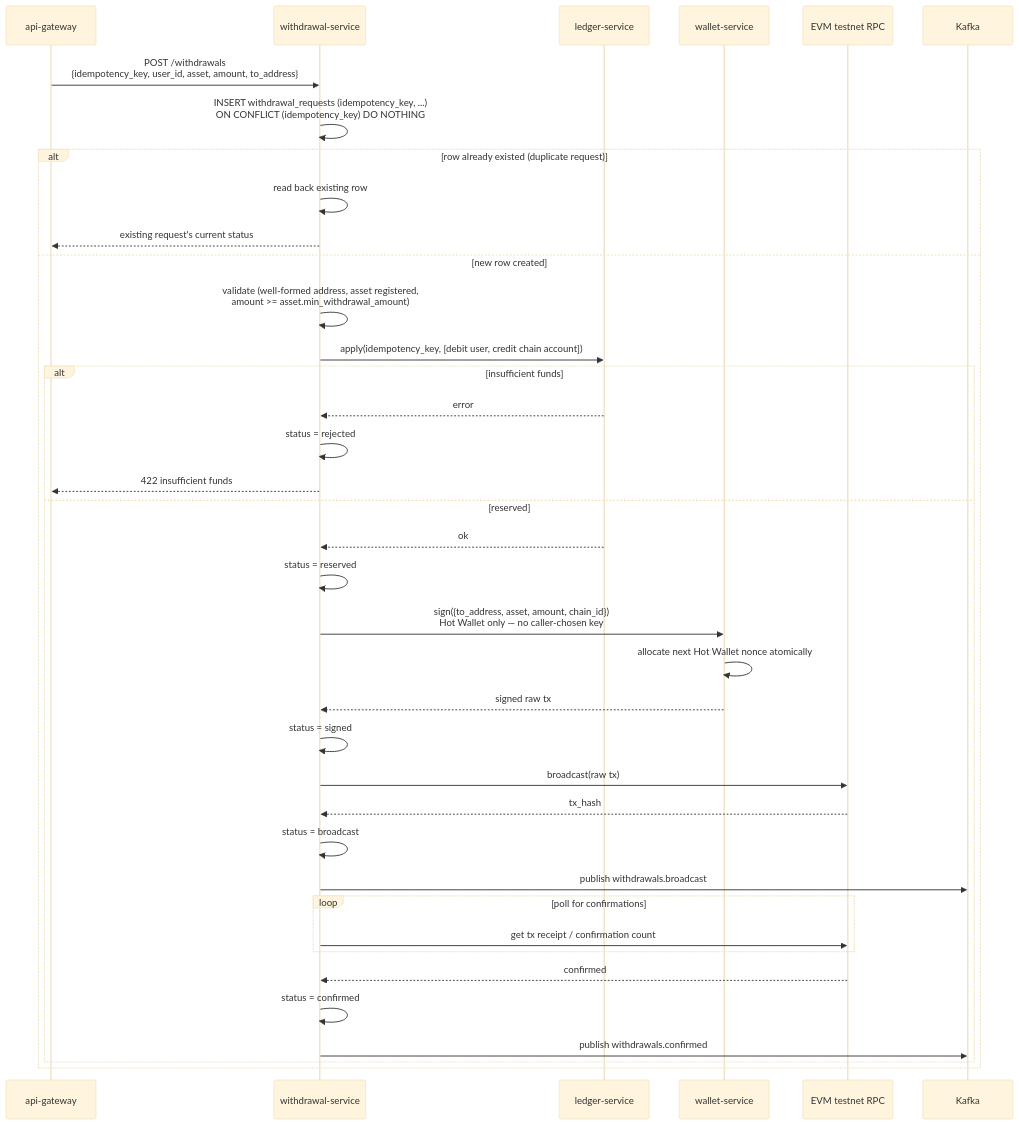
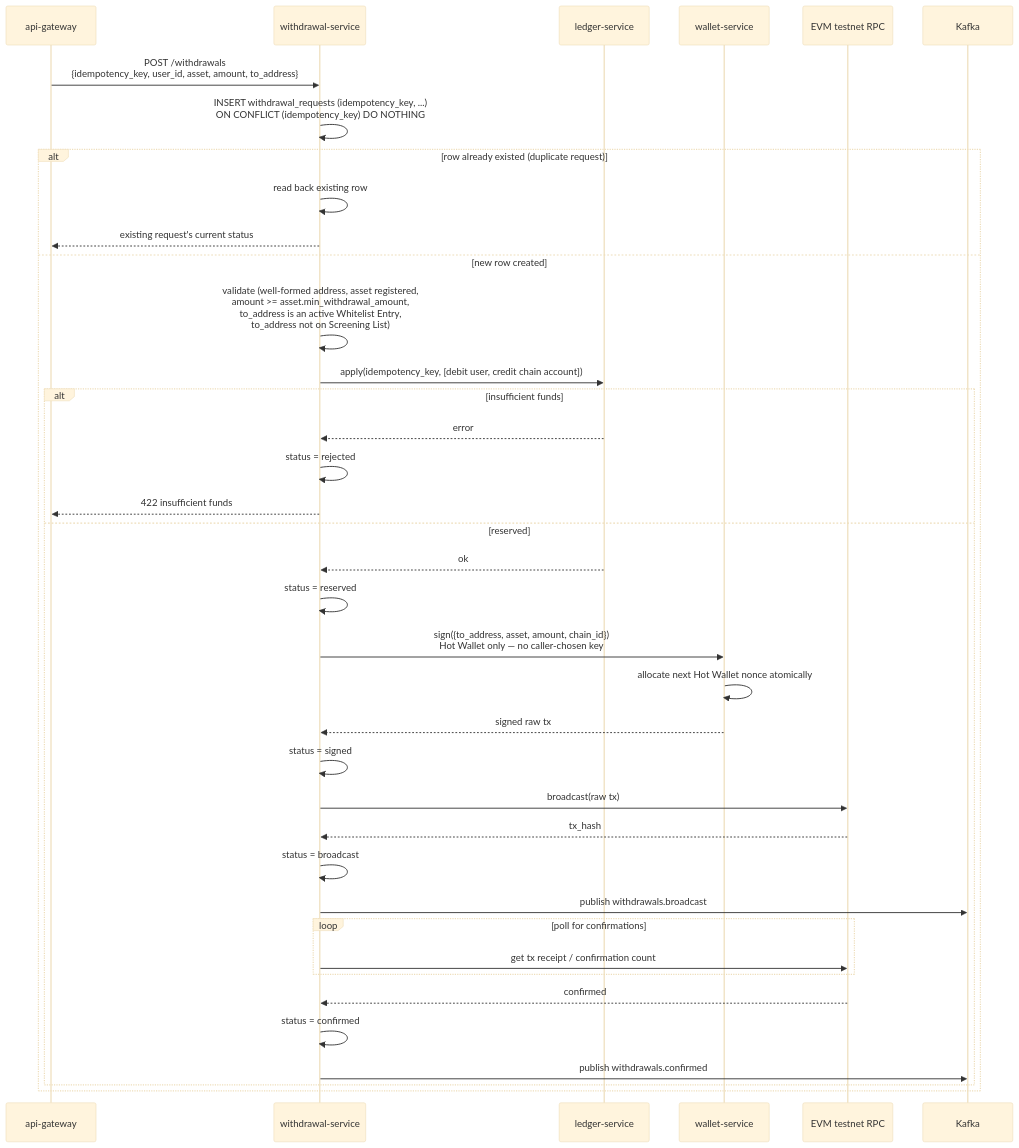
One commit to VuKhuongDuy/DigiWal changed the first of 3 diagrams in docs/design/withdrawal-flow.md. Above: the diagram before and after it, drawn with Mermaid (base theme). The commit also changed other lines of this file and 2 other files, not shown here.

````diff
--- a/docs/design/withdrawal-flow.md
+++ b/docs/design/withdrawal-flow.md
@@ -176,41 +207,41 @@
 ```mermaid
 sequenceDiagram
     participant Gateway as api-gateway
     participant WD as withdrawal-service
     participant Ledger as ledger-service
     participant Wallet as wallet-service
     participant RPC as EVM testnet RPC
     participant Kafka
 
     Gateway->>WD: POST /withdrawals<br/>{idempotency_key, user_id, asset, amount, to_address}
     WD->>WD: INSERT withdrawal_requests (idempotency_key, ...)<br/>ON CONFLICT (idempotency_key) DO NOTHING
     alt row already existed (duplicate request)
         WD->>WD: read back existing row
         WD-->>Gateway: existing request's current status
     else new row created
-        WD->>WD: validate (well-formed address, asset registered,<br/>amount >= asset.min_withdrawal_amount)
+        WD->>WD: validate (well-formed address, asset registered,<br/>amount >= asset.min_withdrawal_amount,<br/>to_address is an active Whitelist Entry,<br/>to_address not on Screening List)
         WD->>Ledger: apply(idempotency_key, [debit user, credit chain account])
         alt insufficient funds
             Ledger-->>WD: error
             WD->>WD: status = rejected
             WD-->>Gateway: 422 insufficient funds
         else reserved
             Ledger-->>WD: ok
             WD->>WD: status = reserved
             WD->>Wallet: sign({to_address, asset, amount, chain_id})<br/>Hot Wallet only — no caller-chosen key
             Wallet->>Wallet: allocate next Hot Wallet nonce atomically
             Wallet-->>WD: signed raw tx
             WD->>WD: status = signed
             WD->>RPC: broadcast(raw tx)
             RPC-->>WD: tx_hash
             WD->>WD: status = broadcast
             WD->>Kafka: publish withdrawals.broadcast
             loop poll for confirmations
                 WD->>RPC: get tx receipt / confirmation count
             end
             RPC-->>WD: confirmed
             WD->>WD: status = confirmed
             WD->>Kafka: publish withdrawals.confirmed
         end
     end
 ```
````
